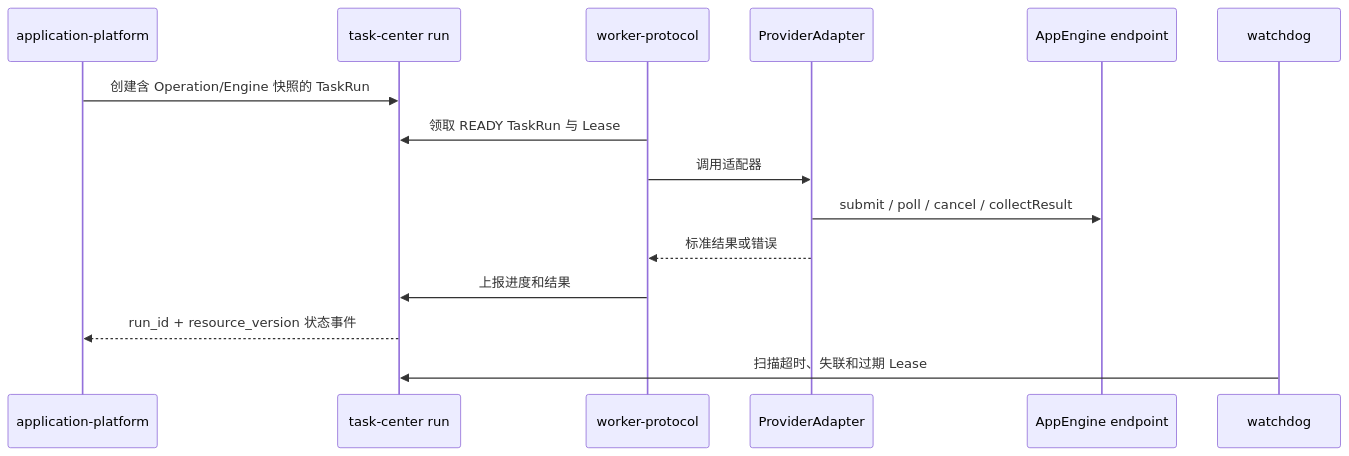
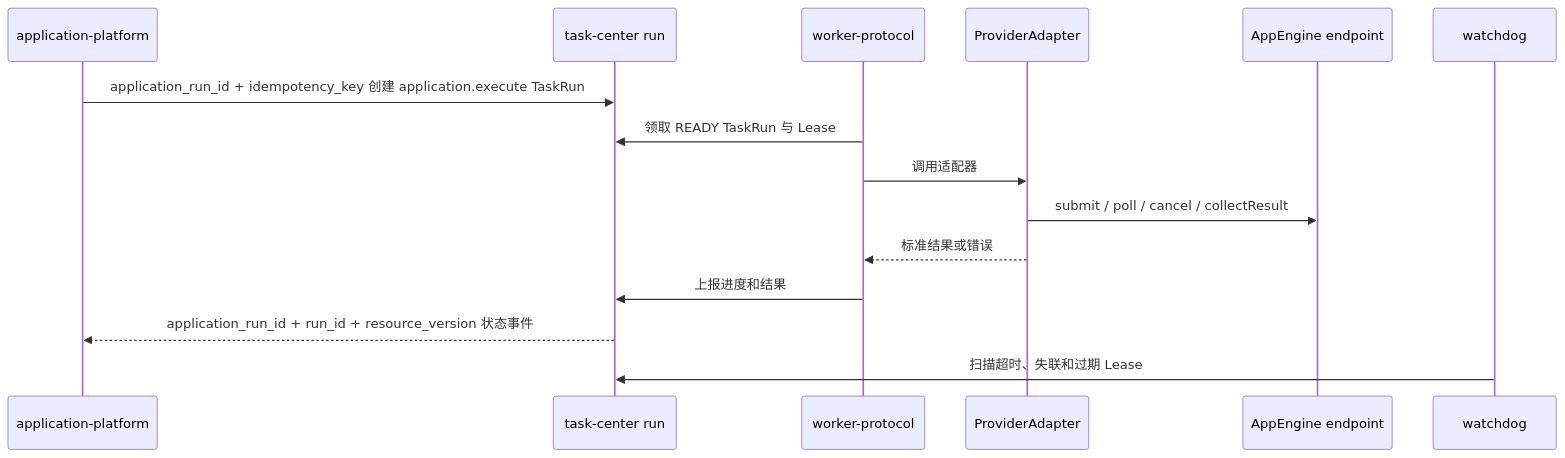
One commit to wangweihong/omnimam-spec changed the diagram in 02_architecture/domains/task-center.md. Above: the diagram before and after it, drawn with Mermaid. The commit also changed other lines of this file and 59 other files, not shown here.

````diff
--- a/02_architecture/domains/task-center.md
+++ b/02_architecture/domains/task-center.md
@@ -30,18 +30,18 @@
 ```mermaid
 sequenceDiagram
   participant App as application-platform
   participant Run as task-center run
   participant Worker as worker-protocol
   participant Adapter as ProviderAdapter
   participant Engine as AppEngine endpoint
   participant Watchdog as watchdog
 
-  App->>Run: 创建含 Operation/Engine 快照的 TaskRun
+  App->>Run: application_run_id + idempotency_key 创建 application.execute TaskRun
   Worker->>Run: 领取 READY TaskRun 与 Lease
   Worker->>Adapter: 调用适配器
   Adapter->>Engine: submit / poll / cancel / collectResult
   Adapter-->>Worker: 标准结果或错误
   Worker->>Run: 上报进度和结果
-  Run-->>App: run_id + resource_version 状态事件
+  Run-->>App: application_run_id + run_id + resource_version 状态事件
   Watchdog->>Run: 扫描超时、失联和过期 Lease
 ```
````
